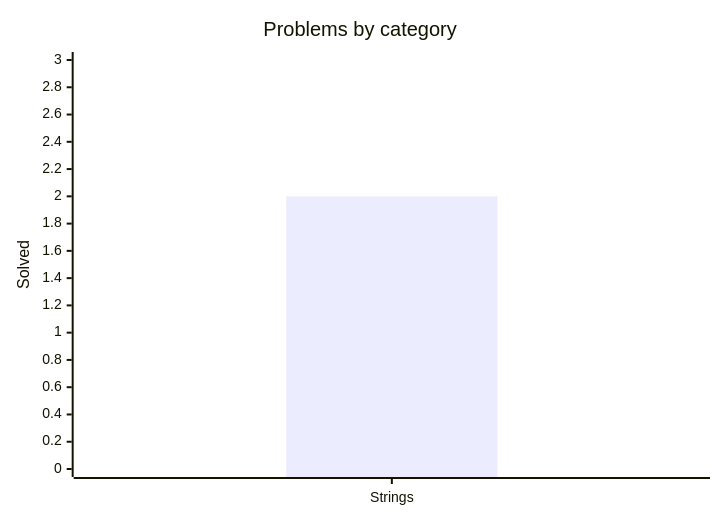
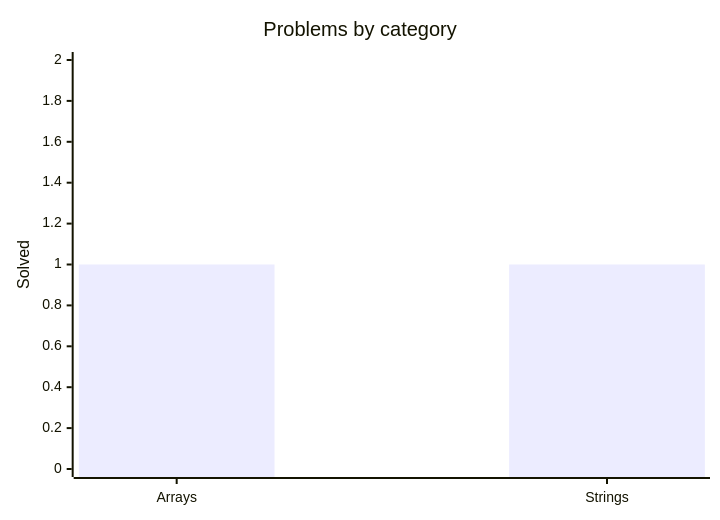
The diagram in README.md (mauli-waghmore/data-structures-algorithms-kotlin), drawn with Mermaid before and after one commit. The commit also changed other lines of this file and 1 other file, not shown here.

Commit message:
chore: update progress [skip ci]

````diff
--- a/README.md
+++ b/README.md
@@ -35,8 +35,8 @@
 ```mermaid
 %%{init: {"xyChart": {"plotColorPalette": "#7F52FF"}}}%%
 xychart-beta
     title "Problems by category"
-    x-axis ["Strings"]
-    y-axis "Solved" 0 --> 3
-    bar [2]
+    x-axis ["Arrays", "Strings"]
+    y-axis "Solved" 0 --> 2
+    bar [1, 1]
 ```
````
